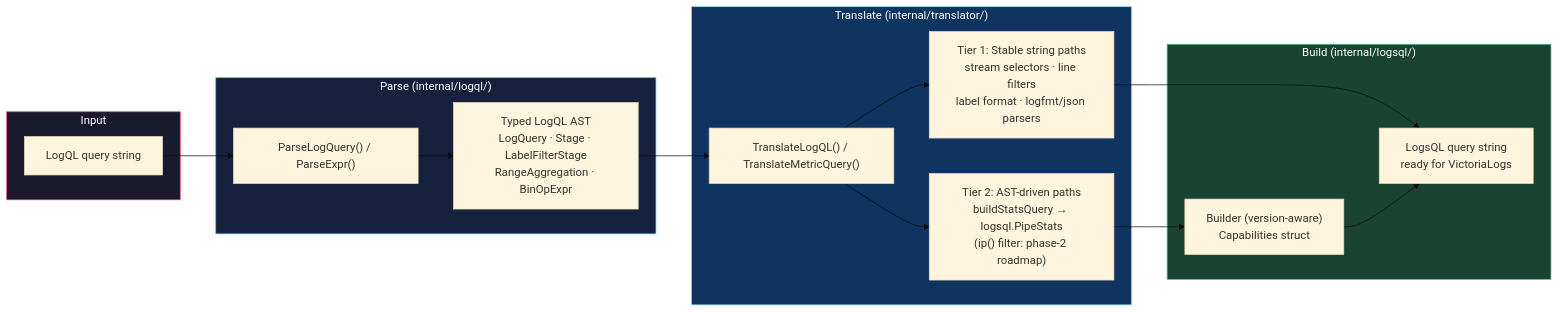
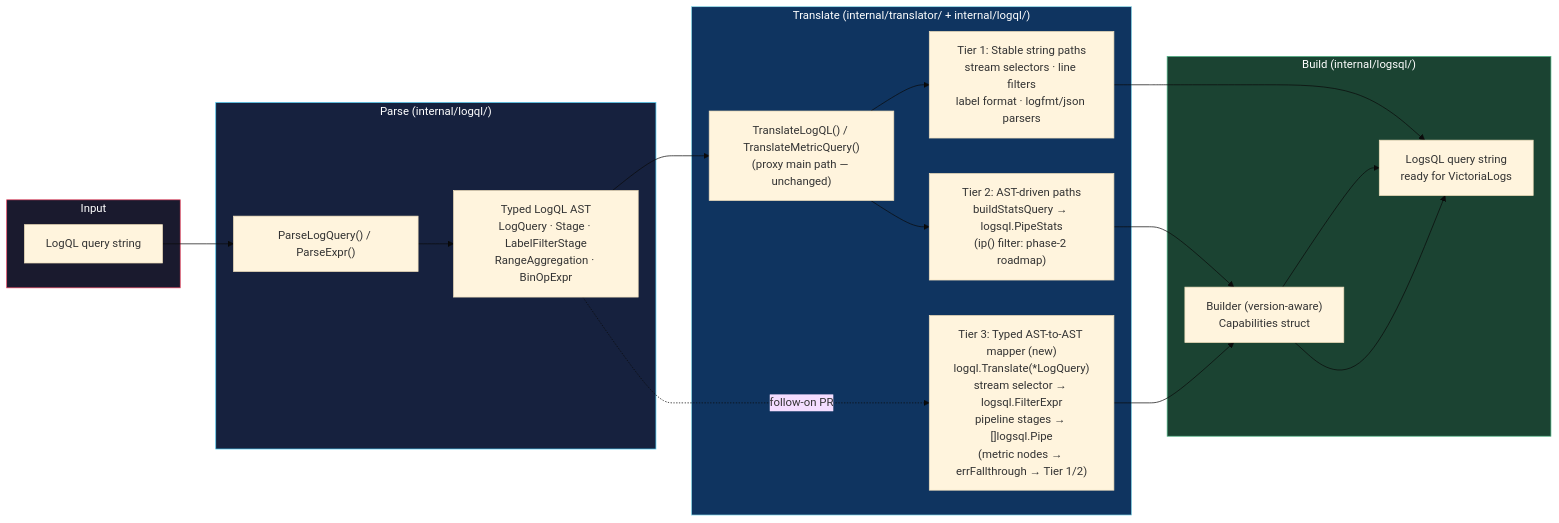
The seventh of 7 diagrams in docs/architecture.md (ReliablyObserve/loki-vl-proxy), drawn with Mermaid (base theme) before and after one commit. The commit also changed other lines of this file, not shown here.

Commit message:
docs: update architecture.md for AST-to-AST translator path and Proxy decomposition

````diff
--- a/docs/architecture.md
+++ b/docs/architecture.md
@@ -378,31 +382,33 @@
 ```mermaid
 flowchart LR
     subgraph Input["Input"]
         LQ["LogQL query string"]
     end
 
     subgraph Parse["Parse (internal/logql/)"]
         PARSE["ParseLogQuery() / ParseExpr()"]
         AST1["Typed LogQL AST\nLogQuery · Stage · LabelFilterStage\nRangeAggregation · BinOpExpr"]
     end
 
-    subgraph Translate["Translate (internal/translator/)"]
-        TR["TranslateLogQL() / TranslateMetricQuery()"]
+    subgraph Translate["Translate (internal/translator/ + internal/logql/)"]
+        TR["TranslateLogQL() / TranslateMetricQuery()\n(proxy main path — unchanged)"]
         TIER1["Tier 1: Stable string paths\nstream selectors · line filters\nlabel format · logfmt/json parsers"]
         TIER2["Tier 2: AST-driven paths\nbuildStatsQuery → logsql.PipeStats\n(ip() filter: phase-2 roadmap)"]
+        TIER3["Tier 3: Typed AST-to-AST mapper (new)\nlogql.Translate(*LogQuery)\nstream selector → logsql.FilterExpr\npipeline stages → []logsql.Pipe\n(metric nodes → errFallthrough → Tier 1/2)"]
     end
 
     subgraph Build["Build (internal/logsql/)"]
         BUILDER["Builder (version-aware)\nCapabilities struct"]
         LOGSQL["LogsQL query string\nready for VictoriaLogs"]
     end
 
     LQ --> PARSE --> AST1 --> TR
     TR --> TIER1 --> LOGSQL
     TR --> TIER2 --> BUILDER --> LOGSQL
+    AST1 -.->|"follow-on PR"| TIER3 --> BUILDER --> LOGSQL
 
     style Input fill:#1a1a2e,stroke:#e94560,color:#fff
     style Parse fill:#16213e,stroke:#4cc9f0,color:#fff
     style Translate fill:#0f3460,stroke:#90e0ef,color:#fff
     style Build fill:#1b4332,stroke:#52b788,color:#fff
 ```
````
